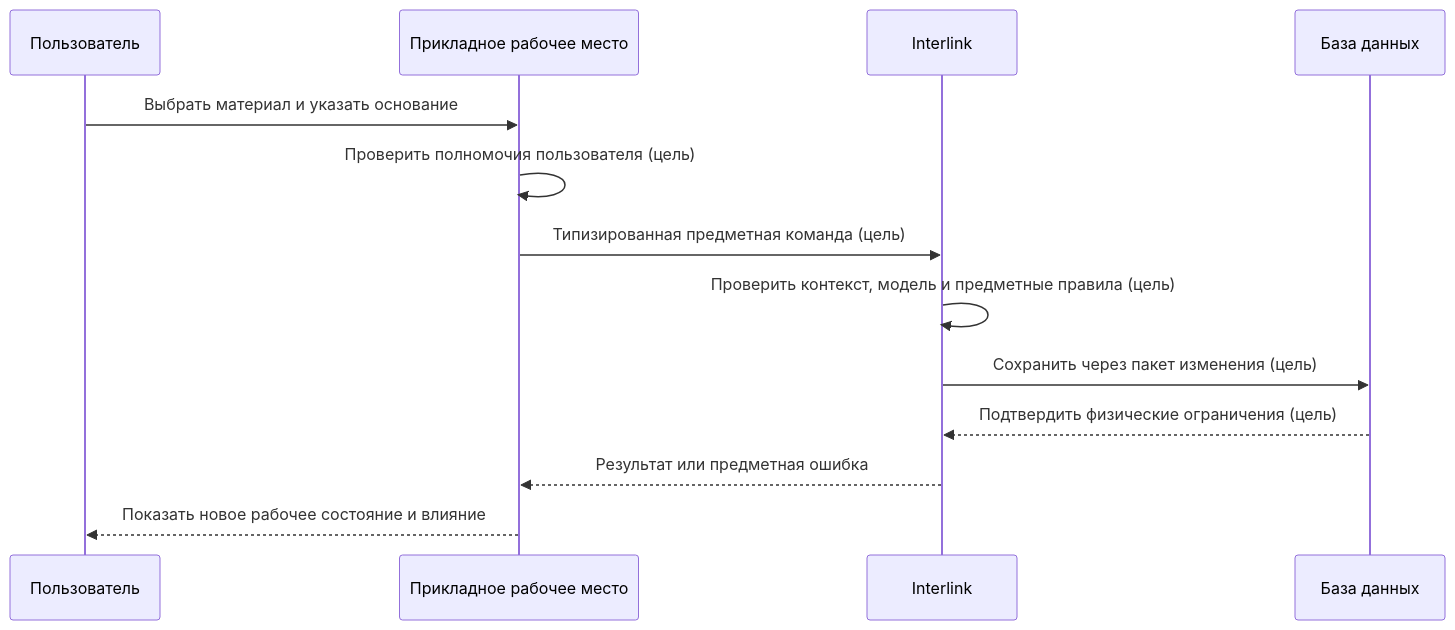
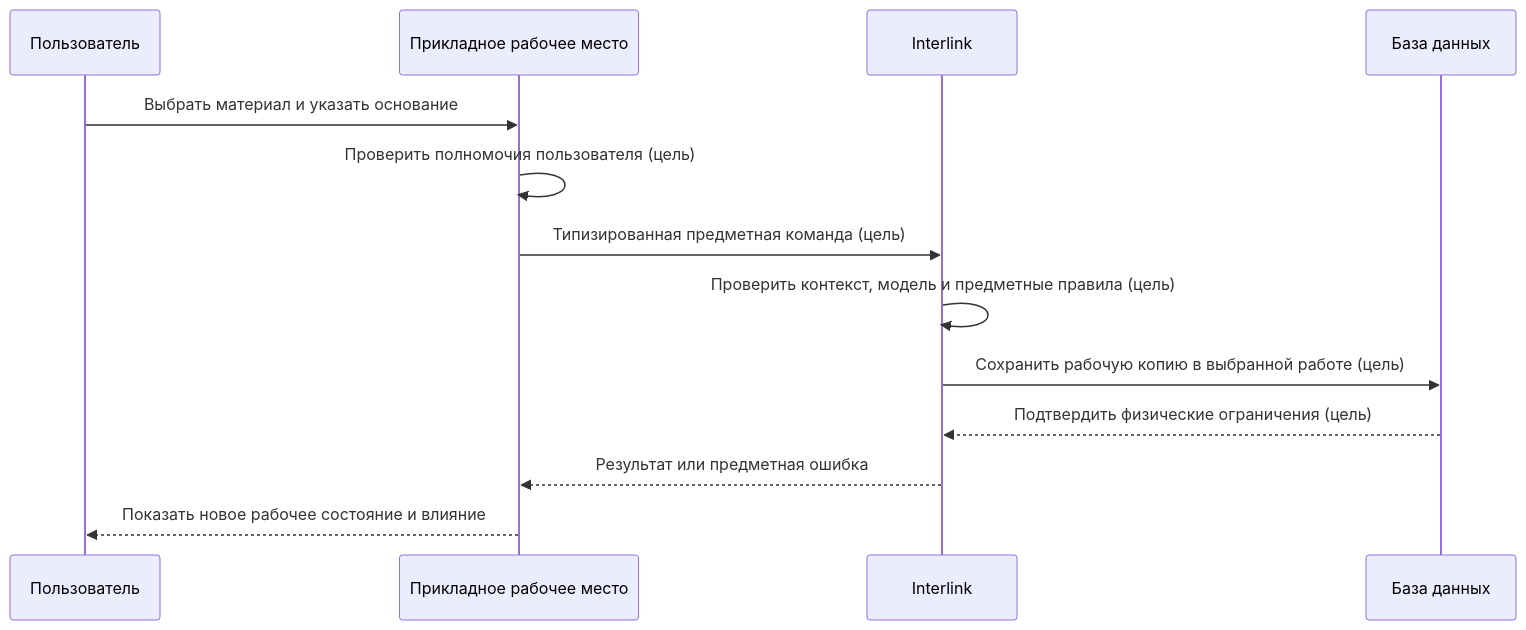
One commit to ZelAnton/Interlink-product-book changed the second of 2 diagrams in wiki/Data-model-runtime.md. Above: the diagram before and after it, drawn with Mermaid. The commit also changed other lines of this file and 231 other files, not shown here.

````diff
--- a/wiki/Data-model-runtime.md
+++ b/wiki/Data-model-runtime.md
@@ -59,16 +65,16 @@
 ```mermaid
 sequenceDiagram
     participant П as Пользователь
     participant А as Прикладное рабочее место
     participant И as Interlink
     participant Б as База данных
 
     П->>А: Выбрать материал и указать основание
     А->>А: Проверить полномочия пользователя (цель)
     А->>И: Типизированная предметная команда (цель)
     И->>И: Проверить контекст, модель и предметные правила (цель)
-    И->>Б: Сохранить через пакет изменения (цель)
+    И->>Б: Сохранить рабочую копию в выбранной работе (цель)
     Б-->>И: Подтвердить физические ограничения (цель)
     И-->>А: Результат или предметная ошибка
     А-->>П: Показать новое рабочее состояние и влияние
 ```
````
